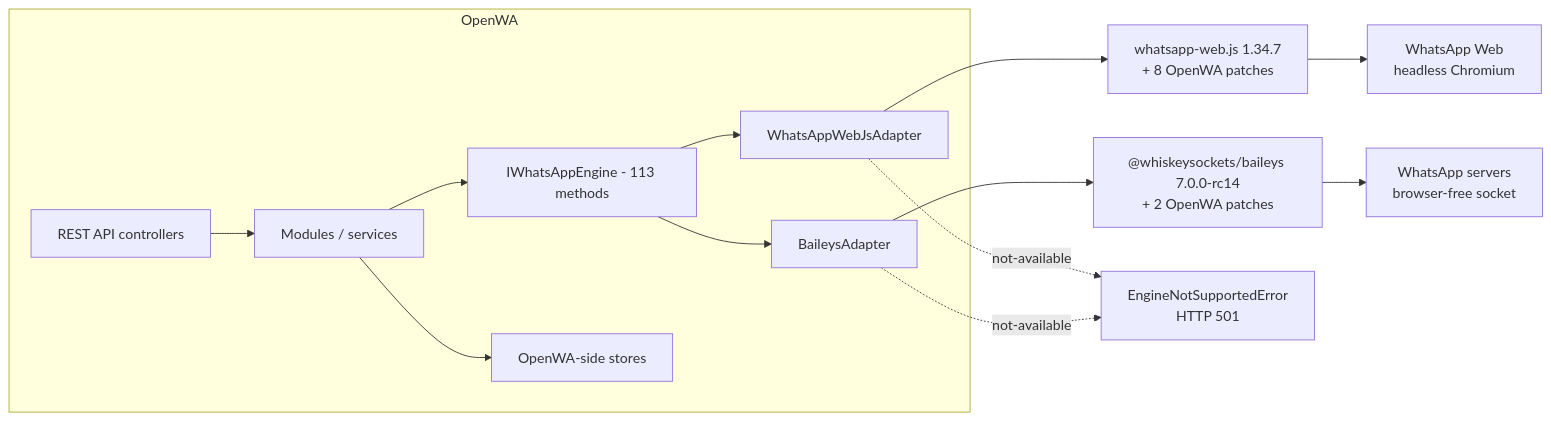
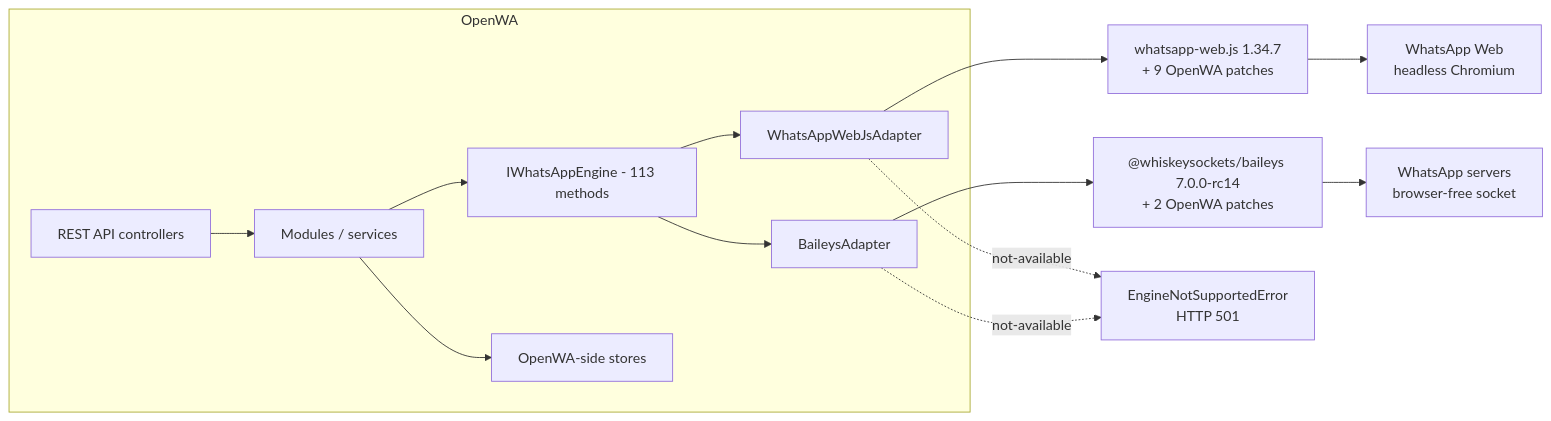
The first of 2 diagrams in docs/29-engine-capability-matrix.md (JJQUINTE/OpenWA), drawn with Mermaid before and after one commit. The commit also changed other lines of this file and 13 other files, not shown here.

````diff
--- a/docs/29-engine-capability-matrix.md
+++ b/docs/29-engine-capability-matrix.md
@@ -43,16 +43,16 @@
 ```mermaid
 flowchart LR
     subgraph OpenWA["OpenWA"]
         API["REST API controllers"] --> SVC["Modules / services"]
         SVC --> IF["IWhatsAppEngine - 113 methods"]
         IF --> WA["WhatsAppWebJsAdapter"]
         IF --> BA["BaileysAdapter"]
         SVC --> STORE["OpenWA-side stores"]
     end
-    WA --> WLIB["whatsapp-web.js 1.34.7<br/>+ 8 OpenWA patches"]
+    WA --> WLIB["whatsapp-web.js 1.34.7<br/>+ 9 OpenWA patches"]
     BA --> BLIB["@whiskeysockets/baileys 7.0.0-rc14<br/>+ 2 OpenWA patches"]
     WLIB --> WEB["WhatsApp Web<br/>headless Chromium"]
     BLIB --> WAS["WhatsApp servers<br/>browser-free socket"]
     WA -.->|"not-available"| E["EngineNotSupportedError<br/>HTTP 501"]
     BA -.->|"not-available"| E
 ```
````
